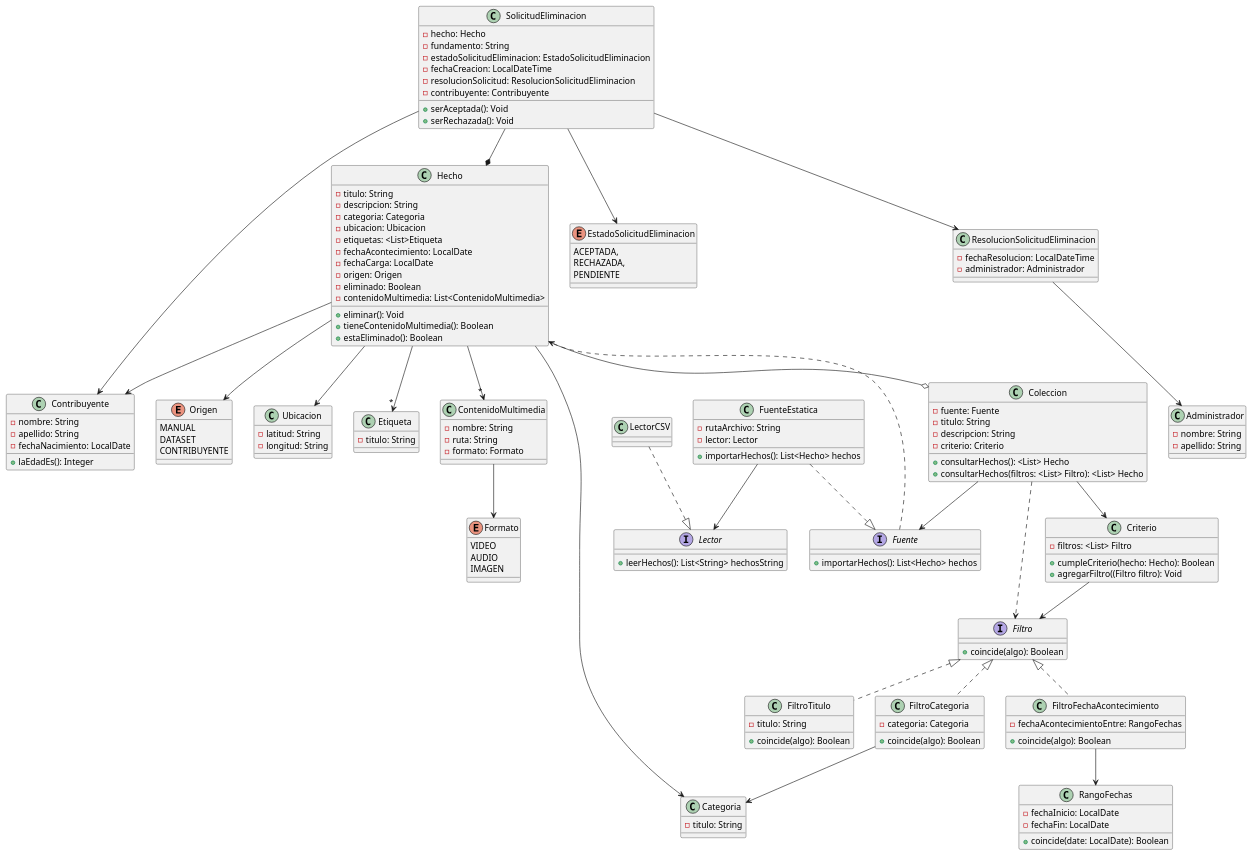
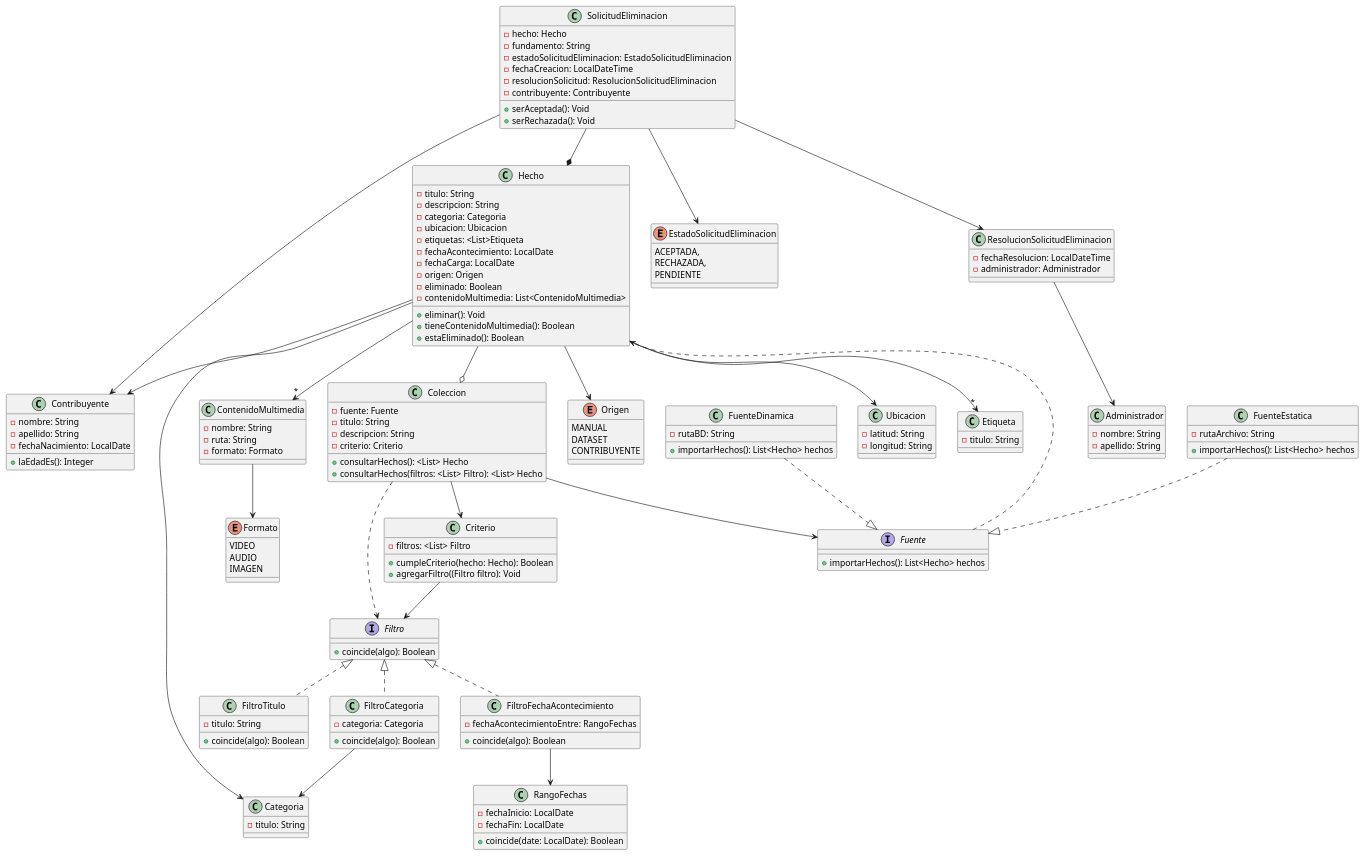
Before and after one commit to BrunoRodriguezzz/tp-dsi: the diagram in DiagramaDeClases-1°Entrega.puml, drawn with PlantUML.

Commit message:
Correccion diagrama de clases xd

```diff
--- a/DiagramaDeClases-1°Entrega.puml
+++ b/DiagramaDeClases-1°Entrega.puml
@@ -1,190 +1,183 @@
     @startuml
-'Hecho
-Hecho --> Contribuyente
-Hecho --> Origen
-Hecho --> Categoria
-Hecho --> Ubicacion
-Hecho -->"*" Etiqueta
-Hecho --o Coleccion
-Hecho -->"*" ContenidoMultimedia
+    'Hecho
+    Hecho --> Contribuyente
+    Hecho --> Origen
+    Hecho --> Categoria
+    Hecho --> Ubicacion
+    Hecho -->"*" Etiqueta
+    Hecho --o Coleccion
+    Hecho -->"*" ContenidoMultimedia
 
-'Solicitudes de Eliminacion
-SolicitudEliminacion --* Hecho
-SolicitudEliminacion --> EstadoSolicitudEliminacion
-SolicitudEliminacion --> ResolucionSolicitudEliminacion
-SolicitudEliminacion --> Contribuyente
+    'Solicitudes de Eliminacion
+    SolicitudEliminacion --* Hecho
+    SolicitudEliminacion --> EstadoSolicitudEliminacion
+    SolicitudEliminacion --> ResolucionSolicitudEliminacion
+    SolicitudEliminacion --> Contribuyente
 
-'Resoluciones de Solicitudes de Eliminacion
-ResolucionSolicitudEliminacion --> Administrador
+    'Resoluciones de Solicitudes de Eliminacion
+    ResolucionSolicitudEliminacion --> Administrador
 
-'Colecciones
-Coleccion --> Criterio
-Coleccion ..> Filtro
+    'Colecciones
+    Coleccion --> Criterio
+    Coleccion ..> Filtro
 
-'Fuente
-Coleccion --> Fuente
-Fuente ..> Hecho
-FuenteEstatica ..|> Fuente
+    'Fuente
+    Coleccion --> Fuente
+    Fuente ..> Hecho
+    FuenteEstatica ..|> Fuente
+    FuenteDinamica ..|> Fuente
 
-'Lector
-FuenteEstatica --> Lector
-LectorCSV ..|> Lector
+    'Criterio
+    Criterio --> Filtro
 
-'Criterio
-Criterio --> Filtro
+    'ElementoCriterio
+    Filtro <|.. FiltroTitulo
+    Filtro <|.. FiltroCategoria
+    Filtro <|.. FiltroFechaAcontecimiento
 
-'ElementoCriterio
-Filtro <|.. FiltroTitulo
-Filtro <|.. FiltroCategoria
-Filtro <|.. FiltroFechaAcontecimiento
+    'Estrategias
+    FiltroCategoria --> Categoria
+    FiltroFechaAcontecimiento --> RangoFechas
 
-'Estrategias
-FiltroCategoria --> Categoria
-FiltroFechaAcontecimiento --> RangoFechas
-
-'Contenido Multimedia
-ContenidoMultimedia --> Formato
+    'Contenido Multimedia
+    ContenidoMultimedia --> Formato
 
 
-class Contribuyente {
-    -nombre: String
-    -apellido: String
-    -fechaNacimiento: LocalDate
-    +laEdadEs(): Integer
-}
+    class Contribuyente {
+        -nombre: String
+        -apellido: String
+        -fechaNacimiento: LocalDate
+        +laEdadEs(): Integer
+    }
 
-class Administrador {
-    -nombre: String
-    -apellido: String
-}
+    class Administrador {
+        -nombre: String
+        -apellido: String
+    }
 
-enum EstadoSolicitudEliminacion {
-    ACEPTADA,
-    RECHAZADA,
-    PENDIENTE
-}
+    enum EstadoSolicitudEliminacion {
+        ACEPTADA,
+        RECHAZADA,
+        PENDIENTE
+    }
 
-class ResolucionSolicitudEliminacion {
-    -fechaResolucion: LocalDateTime
-    -administrador: Administrador
-}
+    class ResolucionSolicitudEliminacion {
+        -fechaResolucion: LocalDateTime
+        -administrador: Administrador
+    }
 
-class ContenidoMultimedia {
-    -nombre: String
-    -ruta: String
-    -formato: Formato
-}
+    class ContenidoMultimedia {
+        -nombre: String
+        -ruta: String
+        -formato: Formato
+    }
 
-enum Formato {
-    VIDEO
-    AUDIO
-    IMAGEN
-}
+    enum Formato {
+        VIDEO
+        AUDIO
+        IMAGEN
+    }
 
-class Hecho {
-    -titulo: String
-    -descripcion: String
-    -categoria: Categoria
-    -ubicacion: Ubicacion
-    -etiquetas: <List>Etiqueta
-    -fechaAcontecimiento: LocalDate
-    -fechaCarga: LocalDate
-    -origen: Origen
-    -eliminado: Boolean
-    -contenidoMultimedia: List<ContenidoMultimedia>
-    +eliminar(): Void
-    +tieneContenidoMultimedia(): Boolean
-    +estaEliminado(): Boolean
-}
+    class Hecho {
+        -titulo: String
+        -descripcion: String
+        -categoria: Categoria
+        -ubicacion: Ubicacion
+        -etiquetas: <List>Etiqueta
+        -fechaAcontecimiento: LocalDate
+        -fechaCarga: LocalDate
+        -origen: Origen
+        -eliminado: Boolean
+        -contenidoMultimedia: List<ContenidoMultimedia>
+        +eliminar(): Void
+        +tieneContenidoMultimedia(): Boolean
+        +estaEliminado(): Boolean
+    }
 
-interface Fuente {
-    +importarHechos(): List<Hecho> hechos
-}
+    interface Fuente {
+        +importarHechos(): List<Hecho> hechos
+    }
 
-class FuenteEstatica {
-    -rutaArchivo: String
-    -lector: Lector
-    +importarHechos(): List<Hecho> hechos
-}
+    class FuenteEstatica {
+        -rutaArchivo: String
+        +importarHechos(): List<Hecho> hechos
+    }
 
-class Etiqueta {
-    -titulo: String
-}
+    class FuenteDinamica {
+        -rutaBD: String
+        +importarHechos(): List<Hecho> hechos
+    }
 
-enum Origen {
-    MANUAL
-    DATASET
-    CONTRIBUYENTE
-}
+    class Etiqueta {
+        -titulo: String
+    }
 
-class Categoria {
-    -titulo: String
-}
+    enum Origen {
+        MANUAL
+        DATASET
+        CONTRIBUYENTE
+    }
 
-class Ubicacion {
-    -latitud: String
-    -longitud: String
-}
+    class Categoria {
+        -titulo: String
+    }
 
-class SolicitudEliminacion {
-    -hecho: Hecho
-    -fundamento: String
-    -estadoSolicitudEliminacion: EstadoSolicitudEliminacion
-    -fechaCreacion: LocalDateTime
-    -resolucionSolicitud: ResolucionSolicitudEliminacion
-    -contribuyente: Contribuyente
-    +serAceptada(): Void
-    +serRechazada(): Void
-}
+    class Ubicacion {
+        -latitud: String
+        -longitud: String
+    }
 
-class Coleccion {
-    -fuente: Fuente
-    -titulo: String
-    -descripcion: String
-    -criterio: Criterio
-    'Solo para representar overload
-    +consultarHechos(): <List> Hecho
-    +consultarHechos(filtros: <List> Filtro): <List> Hecho
-}
+    class SolicitudEliminacion {
+        -hecho: Hecho
+        -fundamento: String
+        -estadoSolicitudEliminacion: EstadoSolicitudEliminacion
+        -fechaCreacion: LocalDateTime
+        -resolucionSolicitud: ResolucionSolicitudEliminacion
+        -contribuyente: Contribuyente
+        +serAceptada(): Void
+        +serRechazada(): Void
+    }
 
-class Criterio{
-    -filtros: <List> Filtro
+    class Coleccion {
+        -fuente: Fuente
+        -titulo: String
+        -descripcion: String
+        -criterio: Criterio
+        'Solo para representar overload
+        +consultarHechos(): <List> Hecho
+        +consultarHechos(filtros: <List> Filtro): <List> Hecho
+    }
 
-    +cumpleCriterio(hecho: Hecho): Boolean
-    +agregarFiltro((Filtro filtro): Void
-}
+    class Criterio{
+        -filtros: <List> Filtro
 
-class RangoFechas {
-    -fechaInicio: LocalDate
-    -fechaFin: LocalDate
-    +coincide(date: LocalDate): Boolean
-}
+        +cumpleCriterio(hecho: Hecho): Boolean
+        +agregarFiltro((Filtro filtro): Void
+    }
 
-interface Filtro{
-    +coincide(algo): Boolean
-}
+    class RangoFechas {
+        -fechaInicio: LocalDate
+        -fechaFin: LocalDate
+        +coincide(date: LocalDate): Boolean
+    }
 
-class FiltroTitulo{
-    -titulo: String
-    +coincide(algo): Boolean
-}
+    interface Filtro{
+        +coincide(algo): Boolean
+    }
 
-class FiltroFechaAcontecimiento{
-    -fechaAcontecimientoEntre: RangoFechas
-    +coincide(algo): Boolean
-}
+    class FiltroTitulo{
+        -titulo: String
+        +coincide(algo): Boolean
+    }
 
-class FiltroCategoria{
-    -categoria: Categoria
-    +coincide(algo): Boolean
-}
+    class FiltroFechaAcontecimiento{
+        -fechaAcontecimientoEntre: RangoFechas
+        +coincide(algo): Boolean
+    }
 
-interface Lector {
-    +leerHechos(): List<String> hechosString
-}
+    class FiltroCategoria{
+        -categoria: Categoria
+        +coincide(algo): Boolean
+    }
 
-class LectorCSV {
-
-}
-
-@enduml
+    @enduml
```
